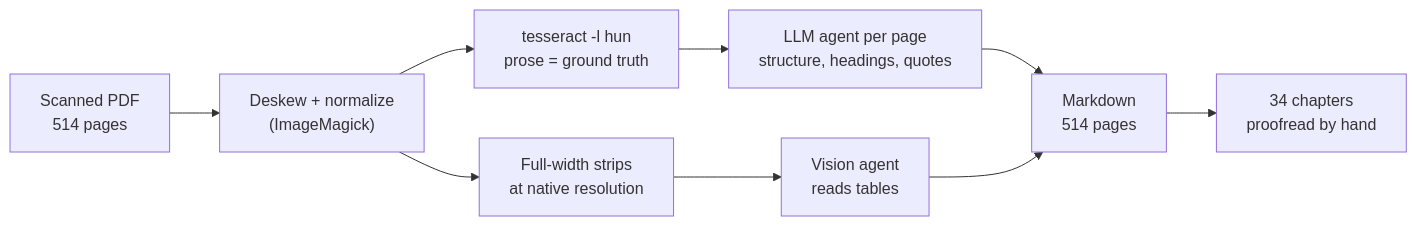
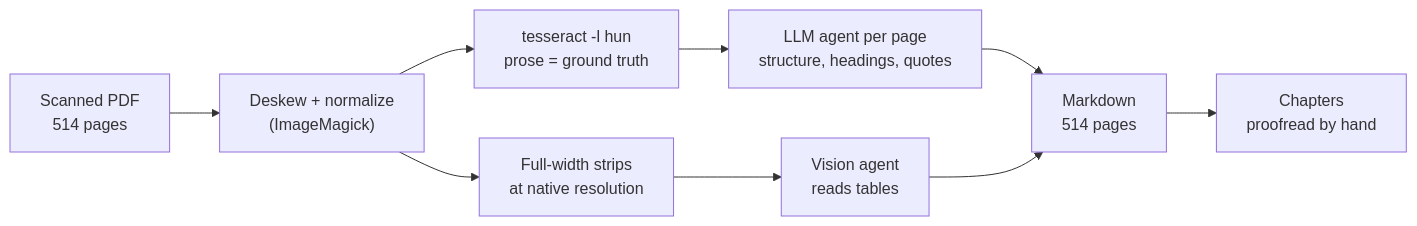
Before and after one commit to codex-magica/codex-magica.github.io: the first of 2 diagrams in README.md, drawn with Mermaid. The commit also changed other lines of this file and 11 other files, not shown here.

````diff
--- a/README.md
+++ b/README.md
@@ -120,11 +124,11 @@
 ```mermaid
 flowchart LR
     PDF["Scanned PDF<br/>514 pages"] --> PREP["Deskew + normalize<br/>(ImageMagick)"]
     PREP --> OCR["tesseract -l hun<br/>prose = ground truth"]
     PREP --> STRIPS["Full-width strips<br/>at native resolution"]
     OCR --> PROSE["LLM agent per page<br/>structure, headings, quotes"]
     STRIPS --> TABLES["Vision agent<br/>reads tables"]
     PROSE --> MD["Markdown<br/>514 pages"]
     TABLES --> MD
-    MD --> CH["34 chapters<br/>proofread by hand"]
+    MD --> CH["Chapters<br/>proofread by hand"]
 ```
````
